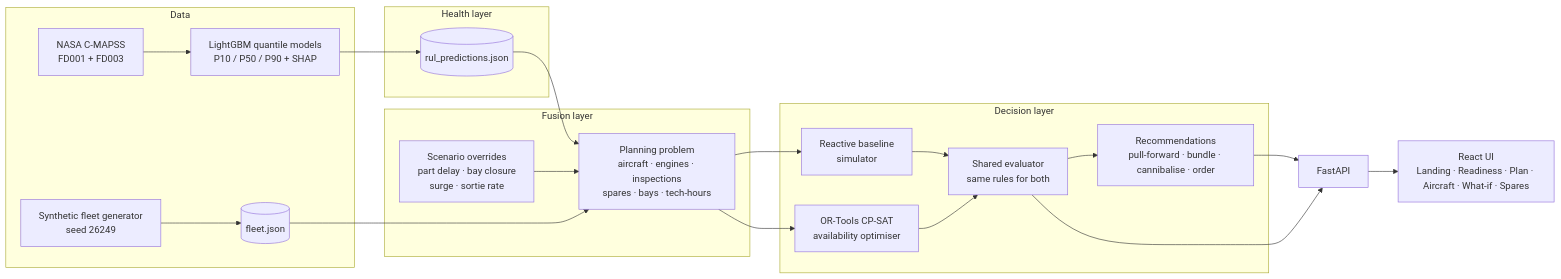
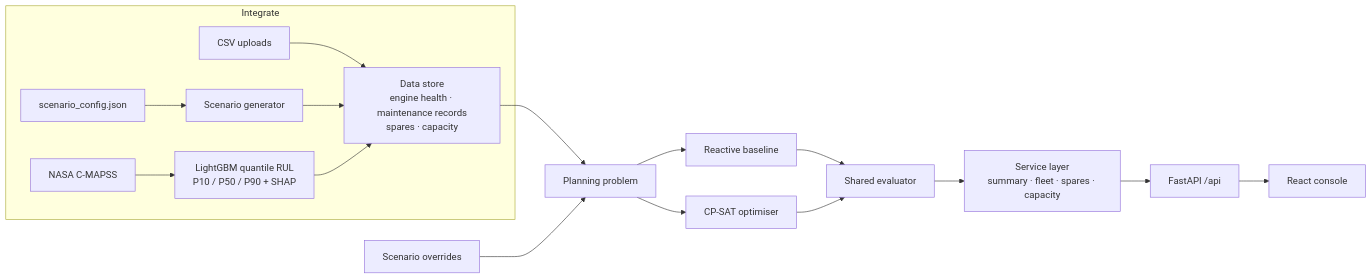
Before and after one commit to Code-maddie/AeroReady: the diagram in README.md, drawn with Mermaid. The commit also changed other lines of this file and 51 other files, not shown here.

First line of the commit message:
Console per the application spec: landing + /app console with nine pages

````diff
--- a/README.md
+++ b/README.md
@@ -58,25 +64,19 @@
 ```mermaid
 flowchart LR
-  subgraph Data
-    CM[NASA C-MAPSS<br/>FD001 + FD003] --> RUL
-    GEN[Synthetic fleet generator<br/>seed 26249] --> FJ[(fleet.json)]
+  subgraph Integrate
+    CM[NASA C-MAPSS] --> RUL
+    CFG[scenario_config.json] --> GEN[Scenario generator]
+    UP[CSV uploads] --> DS
+    GEN --> DS[Data store<br/>engine health · maintenance records<br/>spares · capacity]
   end
-  subgraph Health layer
-    RUL[LightGBM quantile models<br/>P10 / P50 / P90 + SHAP] --> RP[(rul_predictions.json)]
-  end
-  subgraph Fusion layer
-    FJ --> PB[Planning problem<br/>aircraft · engines · inspections<br/>spares · bays · tech-hours]
-    RP --> PB
-    SC[Scenario overrides<br/>part delay · bay closure<br/>surge · sortie rate] --> PB
-  end
-  subgraph Decision layer
-    PB --> BL[Reactive baseline<br/>simulator]
-    PB --> OPT[OR-Tools CP-SAT<br/>availability optimiser]
-    BL --> EV[Shared evaluator<br/>same rules for both]
-    OPT --> EV
-    EV --> REC[Recommendations<br/>pull-forward · bundle · cannibalise · order]
-  end
-  EV --> API[FastAPI]
-  REC --> API
-  API --> UI[React UI<br/>Landing · Readiness · Plan · Aircraft · What-if · Spares]
+  RUL[LightGBM quantile RUL<br/>P10 / P50 / P90 + SHAP] --> DS
+  DS --> PB[Planning problem]
+  SC[Scenario overrides] --> PB
+  PB --> BL[Reactive baseline]
+  PB --> OPT[CP-SAT optimiser]
+  BL --> EV[Shared evaluator]
+  OPT --> EV
+  EV --> SV[Service layer<br/>summary · fleet · spares · capacity]
+  SV --> API[FastAPI /api]
+  API --> UI[React console]
 ```
````
